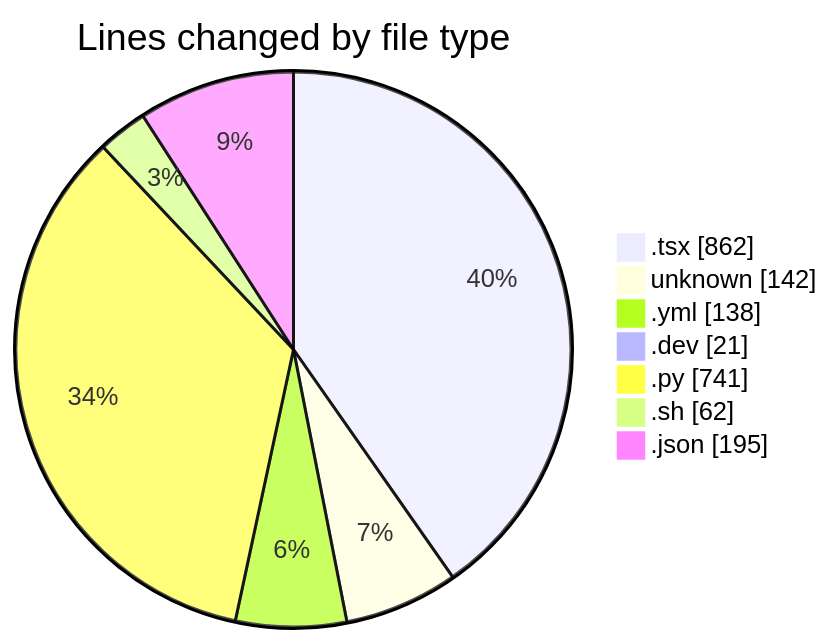
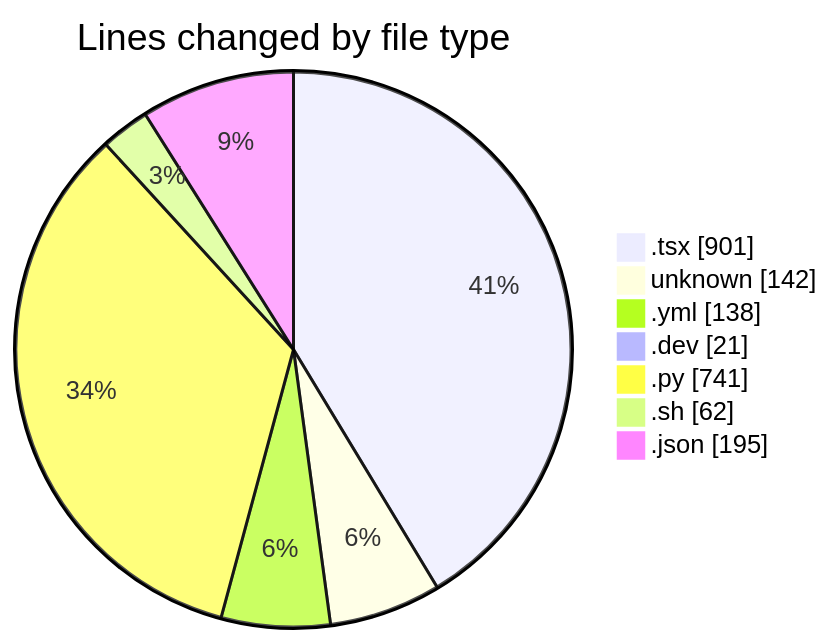
Before and after one commit to Elitesun/code-tracking: the first of 2 diagrams in 2025-05-18/niten/README.md, drawn with Mermaid. The commit also changed other lines of this file and 1 other file, not shown here.

````diff
--- a/2025-05-18/niten/README.md
+++ b/2025-05-18/niten/README.md
@@ -36,11 +37,11 @@
 ```mermaid
 pie showData
 title Lines changed by file type
-".tsx" : 862
+".tsx" : 901
 "unknown" : 142
 ".yml" : 138
 ".dev" : 21
 ".py" : 741
 ".sh" : 62
 ".json" : 195
 ```
````
